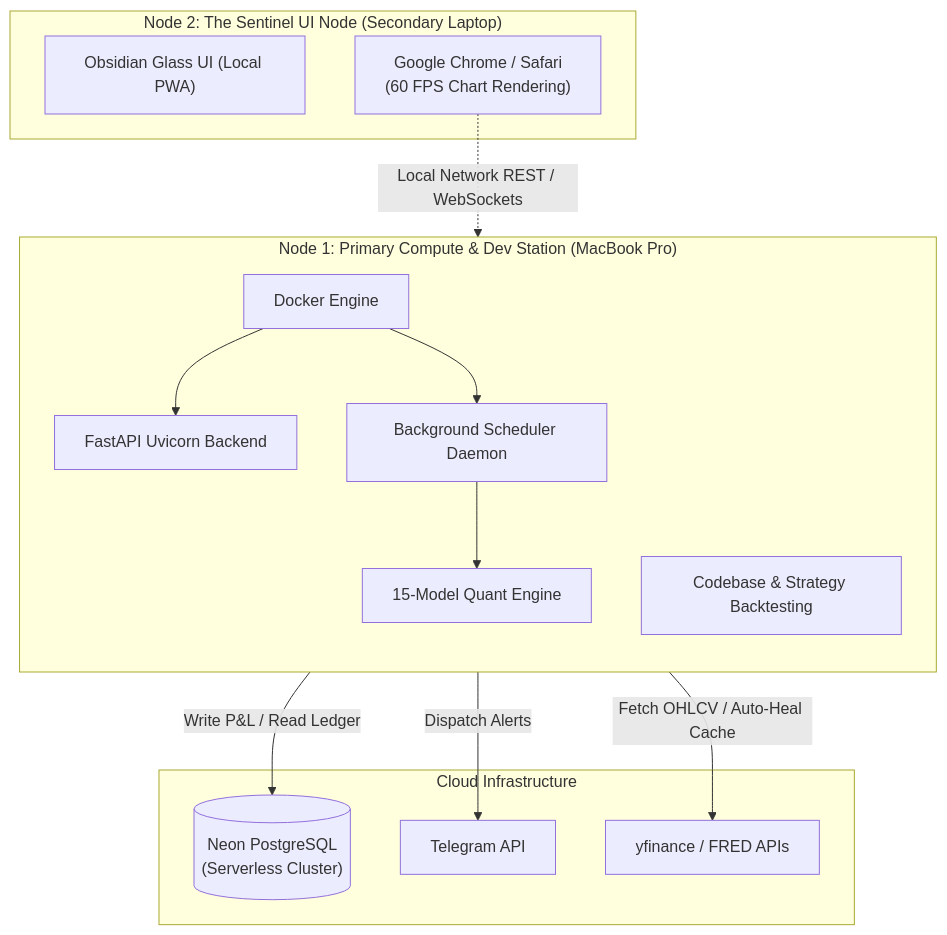
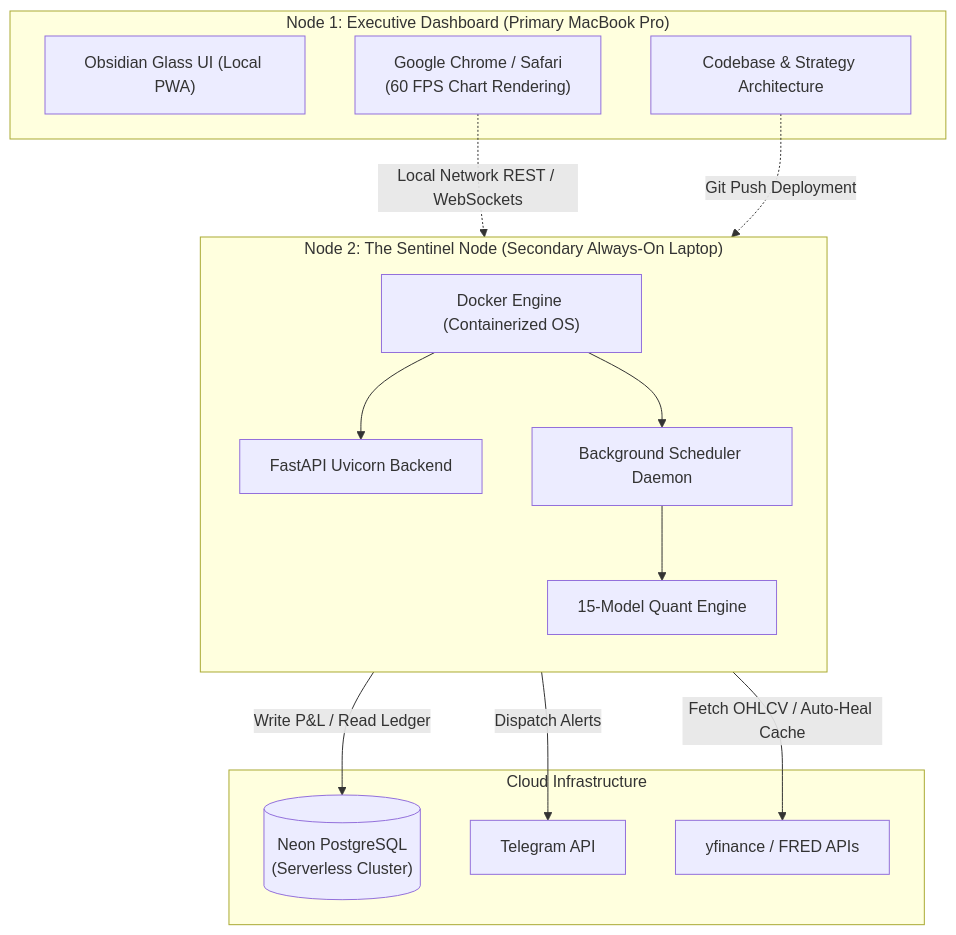
The second of 4 diagrams in README.md (SaiSiddharthBS/MarketAnalyser), drawn with Mermaid before and after one commit. The commit also changed other lines of this file, not shown here.

Commit message:
docs: Fix node topology and rename math section

````diff
--- a/README.md
+++ b/README.md
@@ -76,31 +76,32 @@
 ```mermaid
 graph TB
-    subgraph "Node 1: Primary Compute & Dev Station (MacBook Pro)"
+    subgraph "Node 1: Executive Dashboard (Primary MacBook Pro)"
+        UI["Obsidian Glass UI (Local PWA)"]
+        Dev["Codebase & Strategy Architecture"]
+        UI_Browser["Google Chrome / Safari<br/>(60 FPS Chart Rendering)"]
+    end
+
+    subgraph "Node 2: The Sentinel Node (Secondary Always-On Laptop)"
         direction TB
-        Docker["Docker Engine"]
+        Docker["Docker Engine (Containerized OS)"]
         FastAPI["FastAPI Uvicorn Backend"]
         Cron["Background Scheduler Daemon"]
         Quant["15-Model Quant Engine"]
-        Dev["Codebase & Strategy Backtesting"]
         
         Docker --> FastAPI
         Docker --> Cron
         Cron --> Quant
-    end
-
-    subgraph "Node 2: The Sentinel UI Node (Secondary Laptop)"
-        UI["Obsidian Glass UI (Local PWA)"]
-        UI_Browser["Google Chrome / Safari<br/>(60 FPS Chart Rendering)"]
     end
 
     subgraph "Cloud Infrastructure"
         DB[("Neon PostgreSQL<br/>(Serverless Cluster)")]
         TG["Telegram API"]
         Data["yfinance / FRED APIs"]
     end
 
     UI_Browser -.->|Local Network REST / WebSockets| FastAPI
     Quant -->|Write P&L / Read Ledger| DB
     Quant -->|Fetch OHLCV / Auto-Heal Cache| Data
     Cron -->|Dispatch Alerts| TG
+    Dev -.->|Git Push Deployment| Docker
 ```
````
